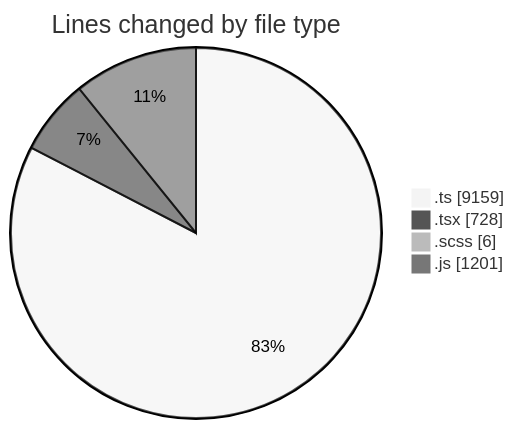
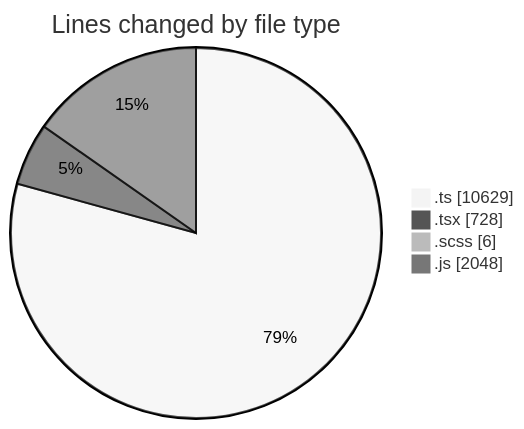
One commit to momahboobian/code-tracking changed the first of 2 diagrams in 2026-03-17/cda/README.md. Above: the diagram before and after it, drawn with Mermaid (neutral theme). The commit also changed other lines of this file and 1 other file, not shown here.

````diff
--- a/2026-03-17/cda/README.md
+++ b/2026-03-17/cda/README.md
@@ -32,8 +34,8 @@
 ```mermaid
 pie showData
 title Lines changed by file type
-".ts" : 9159
+".ts" : 10629
 ".tsx" : 728
 ".scss" : 6
-".js" : 1201
+".js" : 2048
 ```
````
